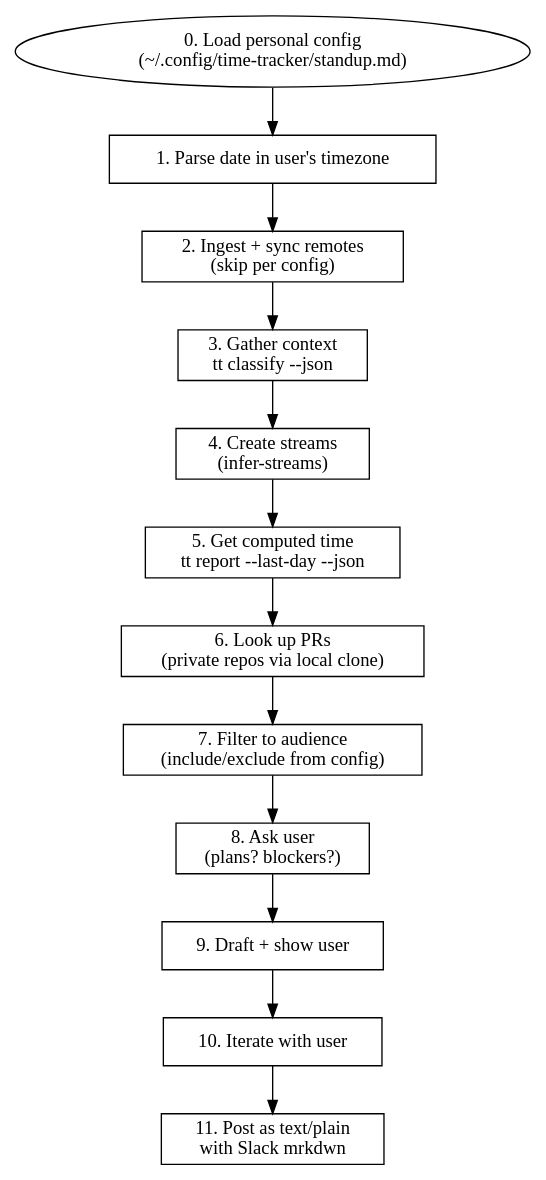
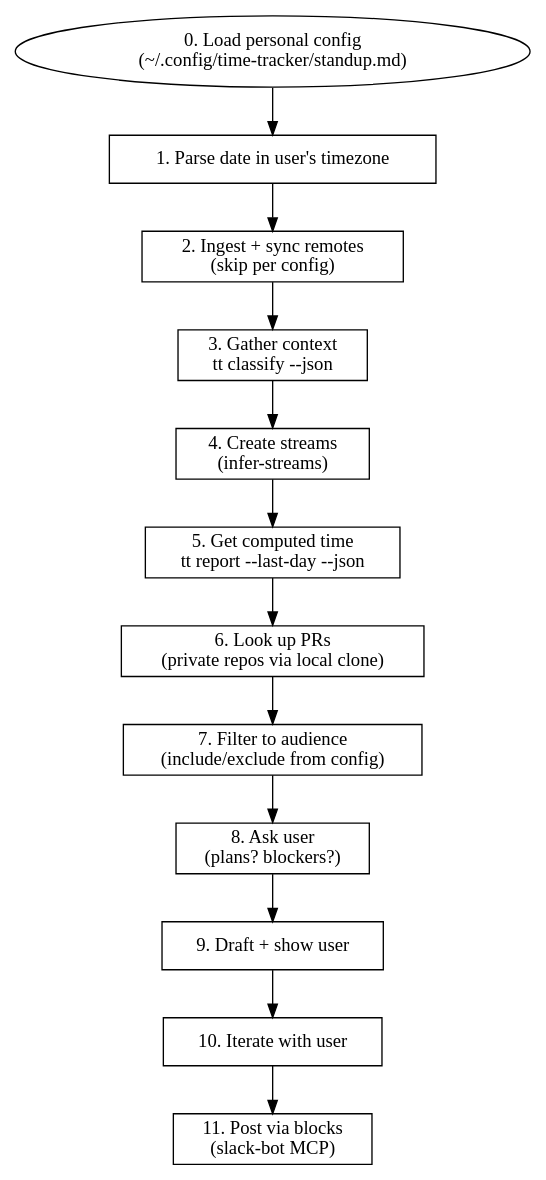
Before and after one commit to sjawhar/time-tracker: the diagram in .opencode/skills/daily-standup/SKILL.md, drawn with Graphviz. The commit also changed other lines of this file and 1 other file, not shown here.

````diff
--- a/.opencode/skills/daily-standup/SKILL.md
+++ b/.opencode/skills/daily-standup/SKILL.md
@@ -56,21 +56,21 @@
 ```dot
 digraph standup {
   rankdir=TB;
   node [shape=box];
 
   cfg [label="0. Load personal config\n(~/.config/time-tracker/standup.md)" shape=ellipse];
   start [label="1. Parse date in user's timezone"];
   ingest [label="2. Ingest + sync remotes\n(skip per config)"];
   gather [label="3. Gather context\ntt classify --json"];
   analyze [label="4. Create streams\n(infer-streams)"];
   compute [label="5. Get computed time\ntt report --last-day --json"];
   prs [label="6. Look up PRs\n(private repos via local clone)"];
   filter [label="7. Filter to audience\n(include/exclude from config)"];
   ask [label="8. Ask user\n(plans? blockers?)"];
   draft [label="9. Draft + show user"];
   iterate [label="10. Iterate with user"];
-  post [label="11. Post as text/plain\nwith Slack mrkdwn"];
+  post [label="11. Post via blocks\n(slack-bot MCP)"];
 
   cfg -> start -> ingest -> gather -> analyze -> compute -> prs -> filter -> ask -> draft -> iterate -> post;
 }
 ```
````
